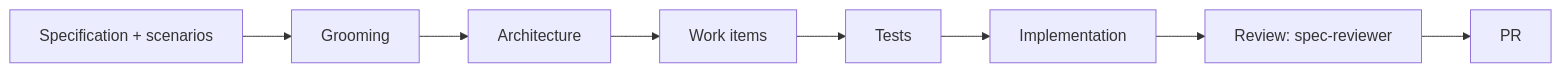
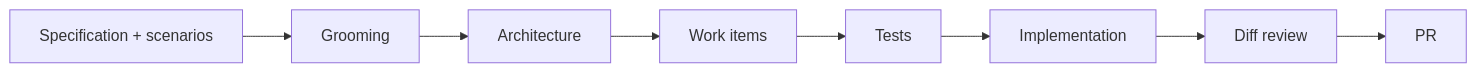
One commit to RLittlesII/agents changed the diagram in .agents/skills/sdd-conventions/SKILL.md. Above: the diagram before and after it, drawn with Mermaid. The commit also changed other lines of this file and 5 other files, not shown here.

````diff
--- a/.agents/skills/sdd-conventions/SKILL.md
+++ b/.agents/skills/sdd-conventions/SKILL.md
@@ -35,10 +35,10 @@
 ```mermaid
 flowchart LR
     Specification[Specification + scenarios] --> Grooming[Grooming]
     Grooming --> Architecture[Architecture]
     Architecture --> Items[Work items]
     Items --> Tests[Tests]
     Tests --> Implementation[Implementation]
-    Implementation --> Review[Review: spec-reviewer]
+    Implementation --> Review[Diff review]
     Review --> PR[PR]
 ```
````
